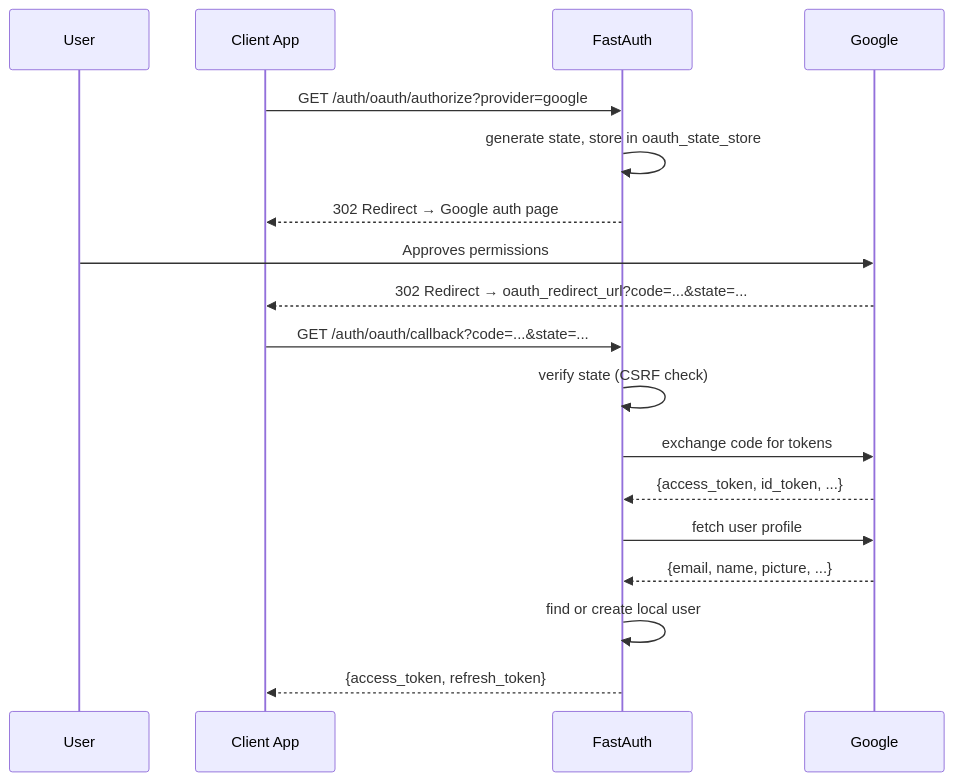
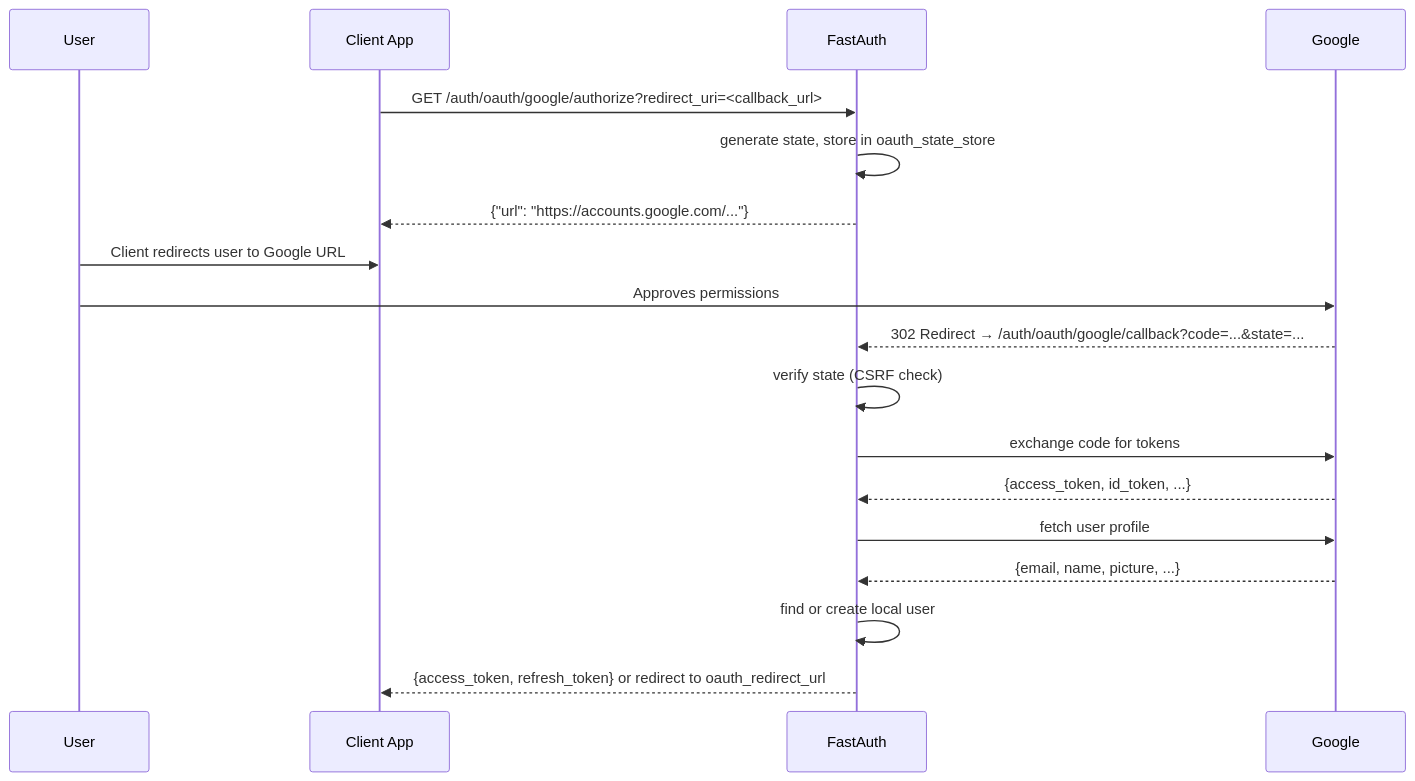
One commit to sreekarnv/fastauth changed the diagram in docs/providers/google.md. Above: the diagram before and after it, drawn with Mermaid. The commit also changed other lines of this file and 20 other files, not shown here.

````diff
--- a/docs/providers/google.md
+++ b/docs/providers/google.md
@@ -48,23 +48,23 @@
 ```mermaid
 sequenceDiagram
     participant U as User
     participant C as Client App
     participant FA as FastAuth
     participant G as Google
 
-    C->>FA: GET /auth/oauth/authorize?provider=google
+    C->>FA: GET /auth/oauth/google/authorize?redirect_uri=<callback_url>
     FA->>FA: generate state, store in oauth_state_store
-    FA-->>C: 302 Redirect → Google auth page
+    FA-->>C: {"url": "https://accounts.google.com/..."}
 
+    U->>C: Client redirects user to Google URL
     U->>G: Approves permissions
-    G-->>C: 302 Redirect → oauth_redirect_url?code=...&state=...
+    G-->>FA: 302 Redirect → /auth/oauth/google/callback?code=...&state=...
 
-    C->>FA: GET /auth/oauth/callback?code=...&state=...
     FA->>FA: verify state (CSRF check)
     FA->>G: exchange code for tokens
     G-->>FA: {access_token, id_token, ...}
     FA->>G: fetch user profile
     G-->>FA: {email, name, picture, ...}
     FA->>FA: find or create local user
-    FA-->>C: {access_token, refresh_token}
+    FA-->>C: {access_token, refresh_token} or redirect to oauth_redirect_url
 ```
````
